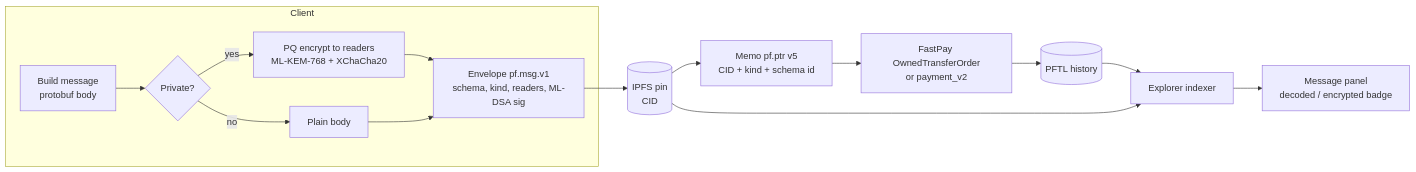
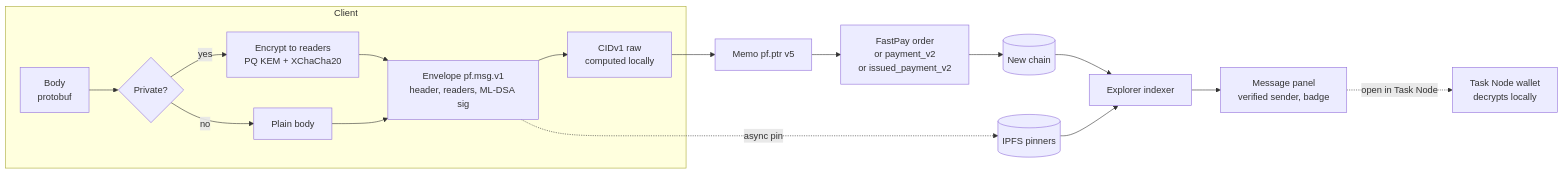
One commit to postfiatorg/postfiatl1v2 changed the first of 2 diagrams in big_milestone/pillars/02-message-protocol.md. Above: the diagram before and after it, drawn with Mermaid. The commit also changed other lines of this file and 44 other files, not shown here.

````diff
--- a/big_milestone/pillars/02-message-protocol.md
+++ b/big_milestone/pillars/02-message-protocol.md
@@ -41,17 +50,19 @@
 ```mermaid
 flowchart LR
     subgraph Client
-      A[Build message<br/>protobuf body] --> B{Private?}
-      B -- yes --> C[PQ encrypt to readers<br/>ML-KEM-768 + XChaCha20]
+      A["Body<br/>protobuf"] --> B{Private?}
+      B -- yes --> C["Encrypt to readers<br/>PQ KEM + XChaCha20"]
       B -- no --> D[Plain body]
-      C --> E[Envelope pf.msg.v1<br/>schema, kind, readers, ML-DSA sig]
+      C --> E["Envelope pf.msg.v1<br/>header, readers, ML-DSA sig"]
       D --> E
+      E --> F["CIDv1 raw<br/>computed locally"]
     end
-    E --> F[(IPFS pin<br/>CID)]
-    F --> G[Memo pf.ptr v5<br/>CID + kind + schema id]
-    G --> H[FastPay OwnedTransferOrder<br/>or payment_v2]
-    H --> I[(PFTL history)]
+    F --> G["Memo pf.ptr v5"]
+    G --> H["FastPay order<br/>or payment_v2<br/>or issued_payment_v2"]
+    H --> I[(New chain)]
+    E -. async pin .-> P[(IPFS pinners)]
     I --> J[Explorer indexer]
-    F --> J
-    J --> K[Message panel<br/>decoded / encrypted badge]
+    P --> J
+    J --> K["Message panel<br/>verified sender, badge"]
+    K -.->|open in Task Node| L["Task Node wallet<br/>decrypts locally"]
 ```
````
